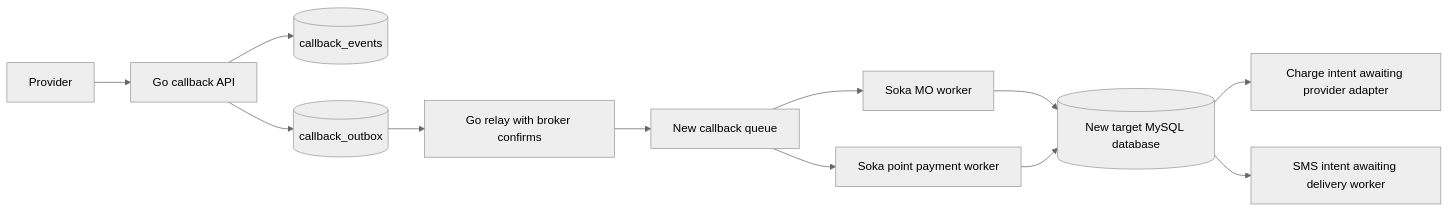
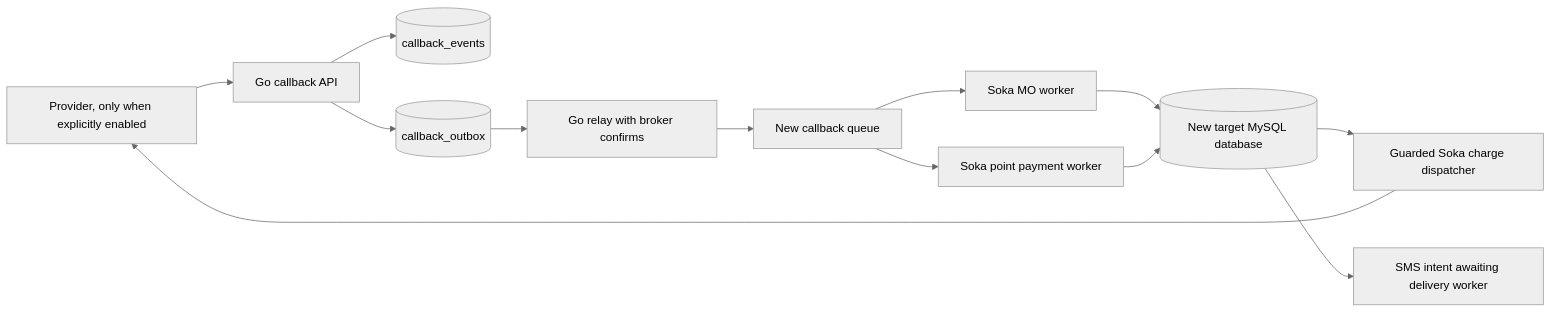
Before and after one commit to EMA-GREEN/YAS-SOKA-ISHIKISTAA-MEGAPROMO: the second of 2 diagrams in docs/architecture.md, drawn with Mermaid (neutral theme). The commit also changed other lines of this file and 12 other files, not shown here.

Commit message:
Add guarded Soka charge dispatch and review states

````diff
--- a/docs/architecture.md
+++ b/docs/architecture.md
@@ -23,14 +23,15 @@
 ```mermaid
 flowchart LR
   Provider --> GoAPI[Go callback API]
   GoAPI --> Inbox[(callback_events)]
   GoAPI --> Outbox[(callback_outbox)]
   Outbox --> Relay[Go relay with broker confirms]
   Relay --> NewQueue[New callback queue]
   NewQueue --> SokaMO[Soka MO worker]
   NewQueue --> SokaPayment[Soka point payment worker]
   SokaMO --> TargetDB[(New target MySQL database)]
   SokaPayment --> TargetDB
-  TargetDB --> ChargeIntent[Charge intent awaiting provider adapter]
+  TargetDB --> ChargeDispatcher[Guarded Soka charge dispatcher]
+  ChargeDispatcher --> Provider[Provider, only when explicitly enabled]
   TargetDB --> SMSIntent[SMS intent awaiting delivery worker]
 ```
````
